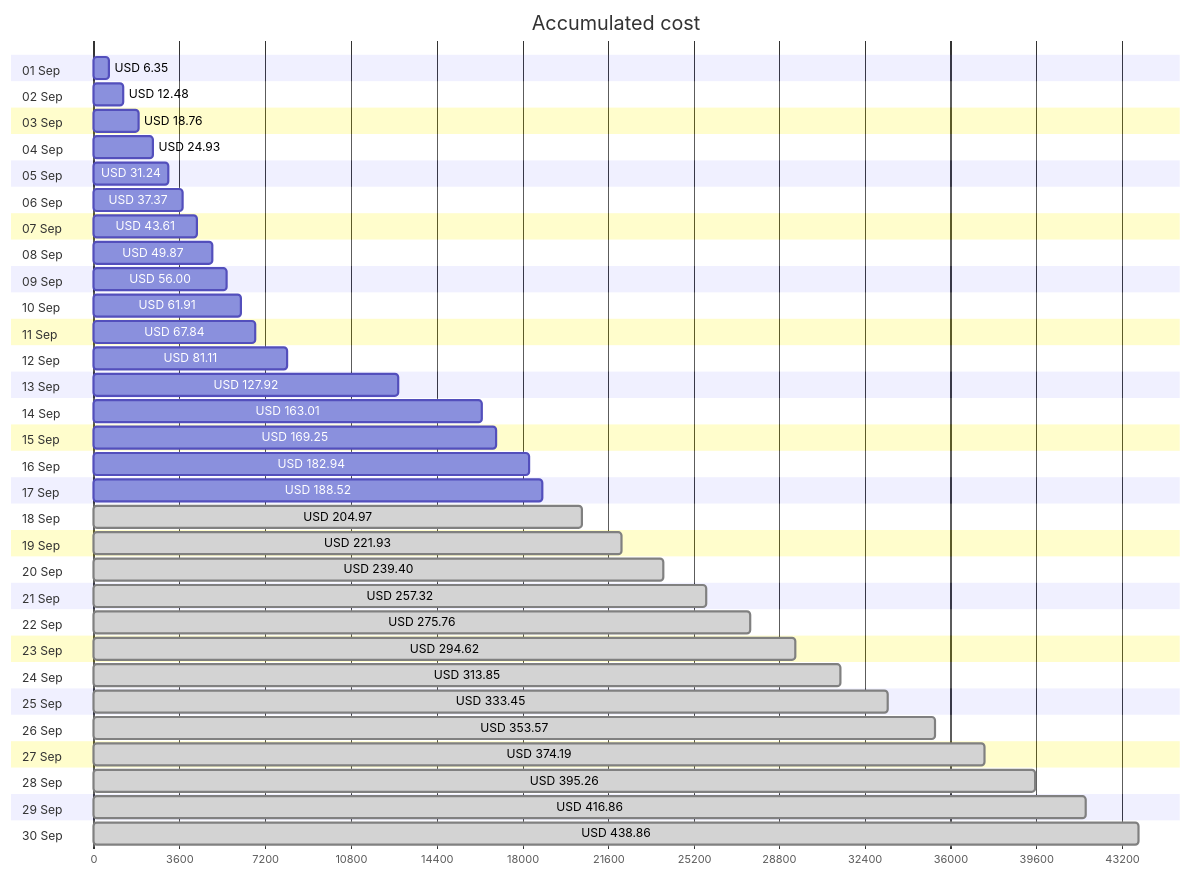
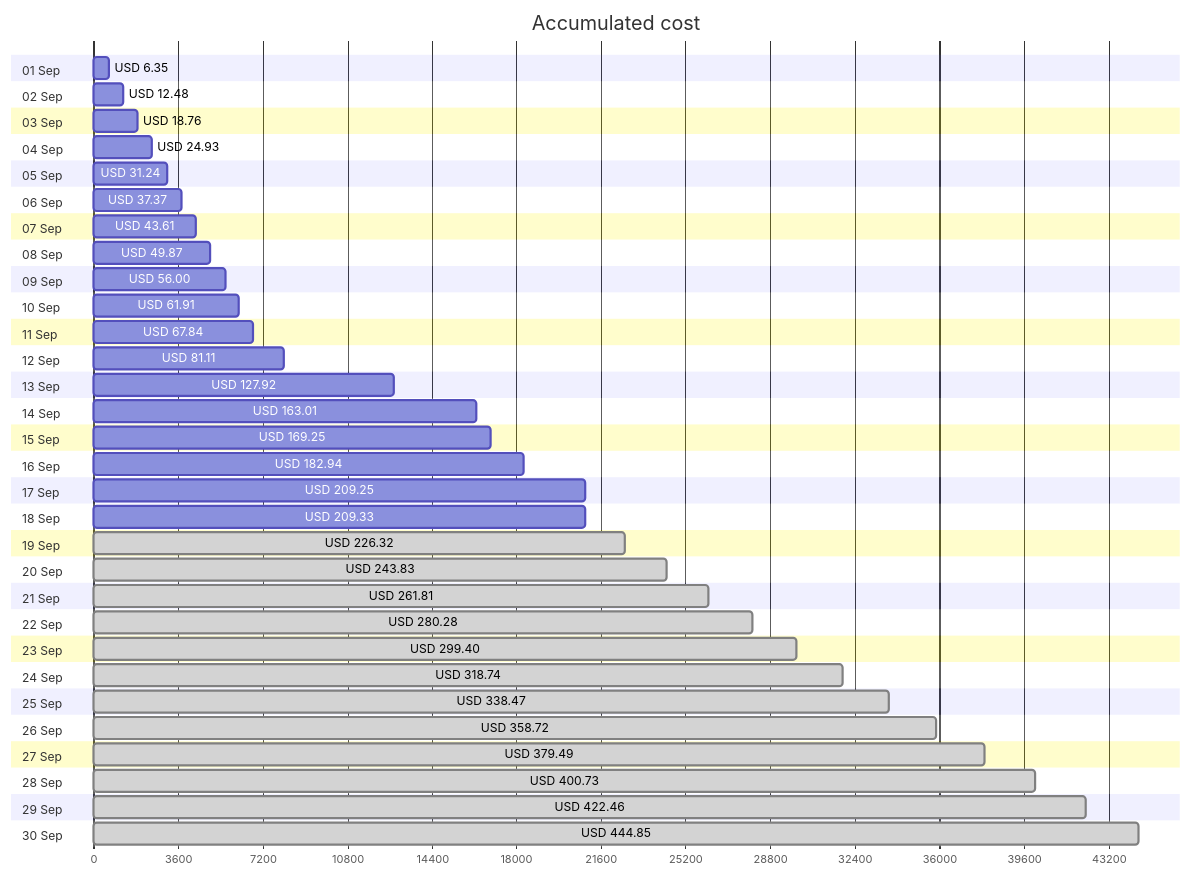
Before and after one commit to jpfulton/azure-personal-reports: the first of 4 diagrams in cost-reports/accumulated-cost.md, drawn with Mermaid. The commit also changed other lines of this file and 4 other files, not shown here.

````diff
--- a/cost-reports/accumulated-cost.md
+++ b/cost-reports/accumulated-cost.md
@@ -20,66 +20,66 @@
 ```mermaid
 gantt
    title Accumulated cost
    dateFormat  X
    axisFormat %s
    section 01 Sep
    USD 6.35 :0, 635
    section 02 Sep
    USD 12.48 :0, 1248
    section 03 Sep
    USD 18.76 :0, 1876
    section 04 Sep
    USD 24.93 :0, 2493
    section 05 Sep
    USD 31.24 :0, 3124
    section 06 Sep
    USD 37.37 :0, 3737
    section 07 Sep
    USD 43.61 :0, 4361
    section 08 Sep
    USD 49.87 :0, 4987
    section 09 Sep
    USD 56.00 :0, 5600
    section 10 Sep
    USD 61.91 :0, 6191
    section 11 Sep
    USD 67.84 :0, 6784
    section 12 Sep
    USD 81.11 :0, 8111
    section 13 Sep
    USD 127.92 :0, 12792
    section 14 Sep
    USD 163.01 :0, 16301
    section 15 Sep
    USD 169.25 :0, 16925
    section 16 Sep
    USD 182.94 :0, 18294
    section 17 Sep
-   USD 188.52 :0, 18852
+   USD 209.25 :0, 20925
    section 18 Sep
-   USD 204.97 : done, 0, 20497
+   USD 209.33 :0, 20933
    section 19 Sep
-   USD 221.93 : done, 0, 22193
+   USD 226.32 : done, 0, 22632
    section 20 Sep
-   USD 239.40 : done, 0, 23940
+   USD 243.83 : done, 0, 24383
    section 21 Sep
-   USD 257.32 : done, 0, 25732
+   USD 261.81 : done, 0, 26181
    section 22 Sep
-   USD 275.76 : done, 0, 27576
+   USD 280.28 : done, 0, 28028
    section 23 Sep
-   USD 294.62 : done, 0, 29462
+   USD 299.40 : done, 0, 29940
    section 24 Sep
-   USD 313.85 : done, 0, 31385
+   USD 318.74 : done, 0, 31874
    section 25 Sep
-   USD 333.45 : done, 0, 33345
+   USD 338.47 : done, 0, 33847
    section 26 Sep
-   USD 353.57 : done, 0, 35357
+   USD 358.72 : done, 0, 35872
    section 27 Sep
-   USD 374.19 : done, 0, 37419
+   USD 379.49 : done, 0, 37949
    section 28 Sep
-   USD 395.26 : done, 0, 39526
+   USD 400.73 : done, 0, 40073
    section 29 Sep
-   USD 416.86 : done, 0, 41686
+   USD 422.46 : done, 0, 42246
    section 30 Sep
-   USD 438.86 : done, 0, 43886
+   USD 444.85 : done, 0, 44485
 ```
````
